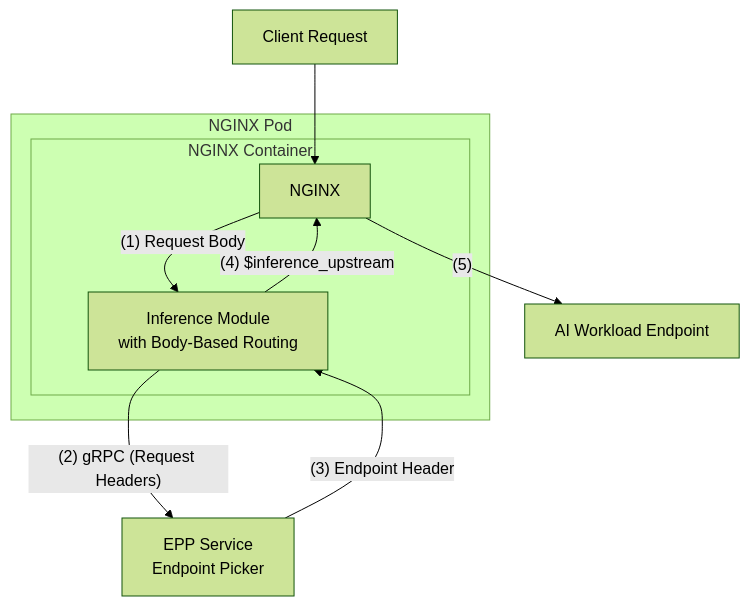
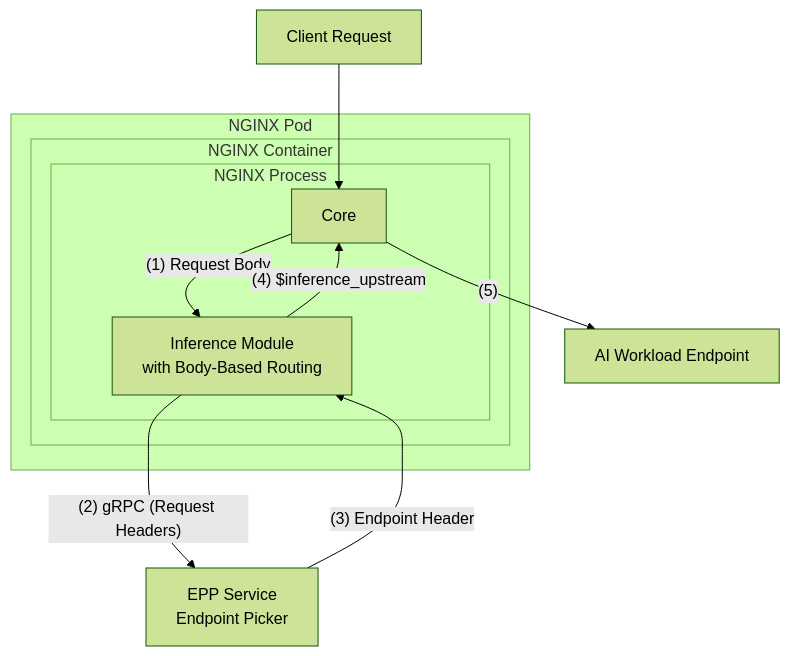
Before and after one commit to CVanF5/ngx-inference: the diagram in README.md, drawn with Mermaid (forest theme).

Commit message:
Update diagram

````diff
--- a/README.md
+++ b/README.md
@@ -21,13 +21,15 @@
 ```mermaid
 flowchart TD
-  A[Client Request] --> B[NGINX]
+  A[Client Request] --> B[Core]
   subgraph NGINX Pod
     subgraph NGINX Container
-      B --"(1) Request Body"--> C[Inference Module<br/> with Body-Based Routing]
+      subgraph NGINX Process
+        B --"(1) Request Body"--> C[Inference Module<br/> with Body-Based Routing]
+      end
     end
   end
   C --"(2) gRPC (Request Headers)"--> D[EPP Service<br/>Endpoint Picker]
   D --"(3) Endpoint Header"--> C
   C --"(4) $inference_upstream"--> B
   B --"(5)"--> E[AI Workload Endpoint]
 ```
````
